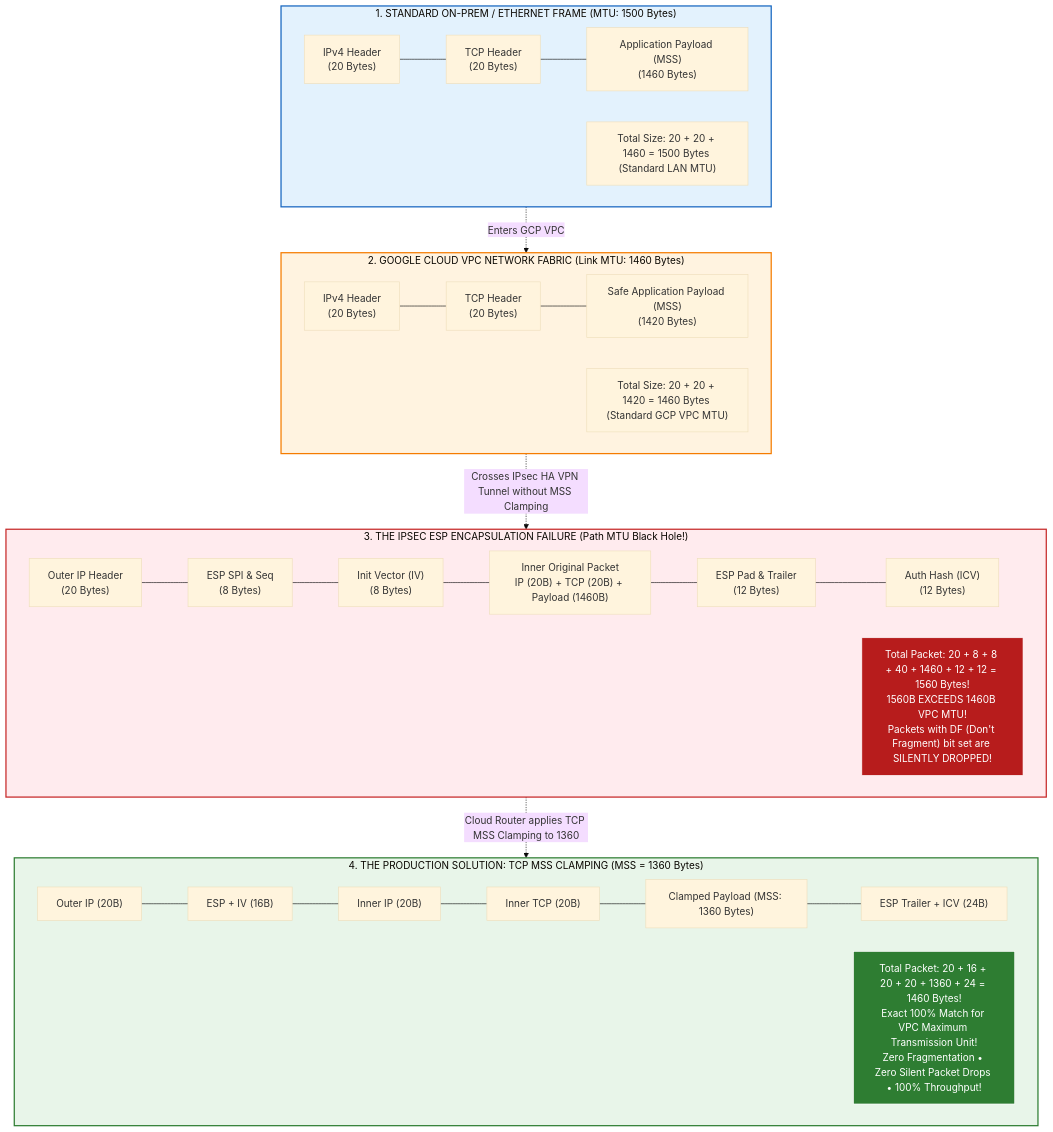
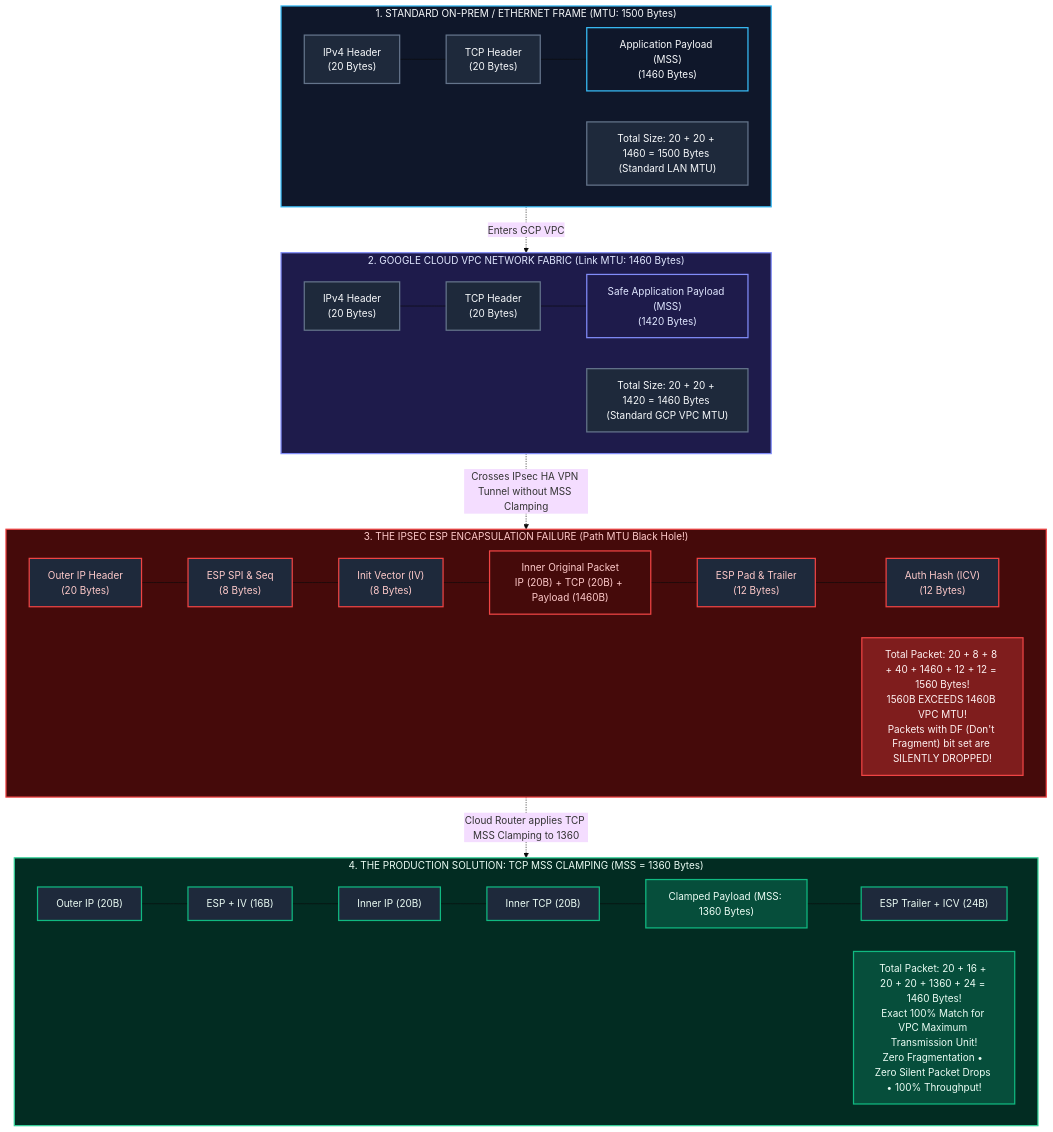
One commit to Chief-Strategist-J/gcd changed diagram 14 of 15 in kubernetes/networking-shell-command.md. Above: the diagram before and after it, drawn with Mermaid (base theme). The commit also changed other lines of this file, not shown here.

Commit message:
fix(mermaid): resolve syntax parse errors and apply dark theme colors with clear error pathways

````diff
--- a/kubernetes/networking-shell-command.md
+++ b/kubernetes/networking-shell-command.md
@@ -2402,33 +2474,53 @@
 ```mermaid
 graph TD
     subgraph StandardPacket["1. STANDARD ON-PREM / ETHERNET FRAME (MTU: 1500 Bytes)"]
         IP1["IPv4 Header<br/>(20 Bytes)"] --- TCP1["TCP Header<br/>(20 Bytes)"] --- Data1["Application Payload (MSS)<br/>(1460 Bytes)"]
         Note1["Total Size: 20 + 20 + 1460 = 1500 Bytes (Standard LAN MTU)"]
     end
 
     subgraph VPCPacket["2. GOOGLE CLOUD VPC NETWORK FABRIC (Link MTU: 1460 Bytes)"]
         IP2["IPv4 Header<br/>(20 Bytes)"] --- TCP2["TCP Header<br/>(20 Bytes)"] --- Data2["Safe Application Payload (MSS)<br/>(1420 Bytes)"]
         Note2["Total Size: 20 + 20 + 1420 = 1460 Bytes (Standard GCP VPC MTU)"]
     end
 
     subgraph VPNPacket["3. THE IPSEC ESP ENCAPSULATION FAILURE (Path MTU Black Hole!)"]
         OuterIP["Outer IP Header<br/>(20 Bytes)"] --- ESP_H["ESP SPI & Seq<br/>(8 Bytes)"] --- ESP_IV["Init Vector (IV)<br/>(8 Bytes)"] --- InnerOrig["Inner Original Packet<br/>IP (20B) + TCP (20B) + Payload (1460B)"] --- ESP_T["ESP Pad & Trailer<br/>(12 Bytes)"] --- ICV["Auth Hash (ICV)<br/>(12 Bytes)"]
         NoteFail["Total Packet: 20 + 8 + 8 + 40 + 1460 + 12 + 12 = 1560 Bytes!<br/>1560B EXCEEDS 1460B VPC MTU!<br/>Packets with DF (Don't Fragment) bit set are SILENTLY DROPPED!"]
     end
 
     subgraph MSSClampedPacket["4. THE PRODUCTION SOLUTION: TCP MSS CLAMPING (MSS = 1360 Bytes)"]
         OuterIP_OK["Outer IP (20B)"] --- ESP_OK["ESP + IV (16B)"] --- InnerIP_OK["Inner IP (20B)"] --- InnerTCP_OK["Inner TCP (20B)"] --- ClampedData["Clamped Payload (MSS: 1360 Bytes)"] --- Trailer_OK["ESP Trailer + ICV (24B)"]
         NoteSuccess["Total Packet: 20 + 16 + 20 + 20 + 1360 + 24 = 1460 Bytes!<br/>Exact 100% Match for VPC Maximum Transmission Unit!<br/>Zero Fragmentation • Zero Silent Packet Drops • 100% Throughput!"]
     end
 
     StandardPacket -. "Enters GCP VPC" .-> VPCPacket
     VPCPacket -. "Crosses IPsec HA VPN Tunnel without MSS Clamping" .-> VPNPacket
     VPNPacket -. "Cloud Router applies TCP MSS Clamping to 1360" .-> MSSClampedPacket
 
-    style StandardPacket fill:#e3f2fd,stroke:#1565c0,stroke-width:2px
-    style VPCPacket fill:#fff3e0,stroke:#f57c00,stroke-width:2px
-    style VPNPacket fill:#ffebee,stroke:#c62828,stroke-width:2px
-    style MSSClampedPacket fill:#e8f5e9,stroke:#2e7d32,stroke-width:2px
-    style NoteFail fill:#b71c1c,stroke:#fff,color:#fff
-    style NoteSuccess fill:#2e7d32,stroke:#fff,color:#fff
+    style StandardPacket fill:#0f172a,stroke:#38bdf8,stroke-width:2px,color:#f8fafc
+    style IP1 fill:#1e293b,stroke:#64748b,stroke-width:2px,color:#f8fafc
+    style TCP1 fill:#1e293b,stroke:#64748b,stroke-width:2px,color:#f8fafc
+    style Data1 fill:#0f172a,stroke:#38bdf8,stroke-width:2px,color:#f8fafc
+    style Note1 fill:#1e293b,stroke:#64748b,stroke-width:2px,color:#f8fafc
+    style VPCPacket fill:#1e1b4b,stroke:#818cf8,stroke-width:2px,color:#e0e7ff
+    style IP2 fill:#1e293b,stroke:#64748b,stroke-width:2px,color:#f8fafc
+    style TCP2 fill:#1e293b,stroke:#64748b,stroke-width:2px,color:#f8fafc
+    style Data2 fill:#1e1b4b,stroke:#818cf8,stroke-width:2px,color:#e0e7ff
+    style Note2 fill:#1e293b,stroke:#64748b,stroke-width:2px,color:#f8fafc
+    style VPNPacket fill:#450a0a,stroke:#ef4444,stroke-width:2px,color:#fecaca
+    style OuterIP fill:#1e293b,stroke:#ef4444,stroke-width:2px,color:#fecaca
+    style ESP_H fill:#1e293b,stroke:#ef4444,stroke-width:2px,color:#fecaca
+    style ESP_IV fill:#1e293b,stroke:#ef4444,stroke-width:2px,color:#fecaca
+    style InnerOrig fill:#450a0a,stroke:#ef4444,stroke-width:2px,color:#fecaca
+    style ESP_T fill:#1e293b,stroke:#ef4444,stroke-width:2px,color:#fecaca
+    style ICV fill:#1e293b,stroke:#ef4444,stroke-width:2px,color:#fecaca
+    style NoteFail fill:#7f1d1d,stroke:#ef4444,stroke-width:2px,color:#fef2f2
+    style MSSClampedPacket fill:#022c22,stroke:#34d399,stroke-width:2px,color:#ecfdf5
+    style OuterIP_OK fill:#1e293b,stroke:#10b981,stroke-width:2px,color:#ecfdf5
+    style ESP_OK fill:#1e293b,stroke:#10b981,stroke-width:2px,color:#ecfdf5
+    style InnerIP_OK fill:#1e293b,stroke:#10b981,stroke-width:2px,color:#ecfdf5
+    style InnerTCP_OK fill:#1e293b,stroke:#10b981,stroke-width:2px,color:#ecfdf5
+    style ClampedData fill:#064e3b,stroke:#10b981,stroke-width:2px,color:#ecfdf5
+    style Trailer_OK fill:#1e293b,stroke:#10b981,stroke-width:2px,color:#ecfdf5
+    style NoteSuccess fill:#064e3b,stroke:#10b981,stroke-width:2px,color:#ecfdf5
 ```
````
